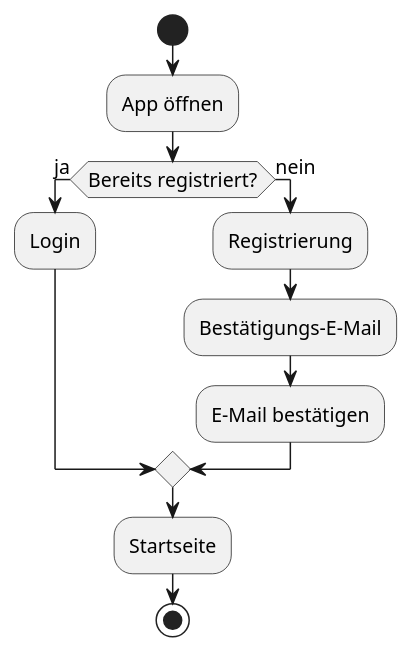
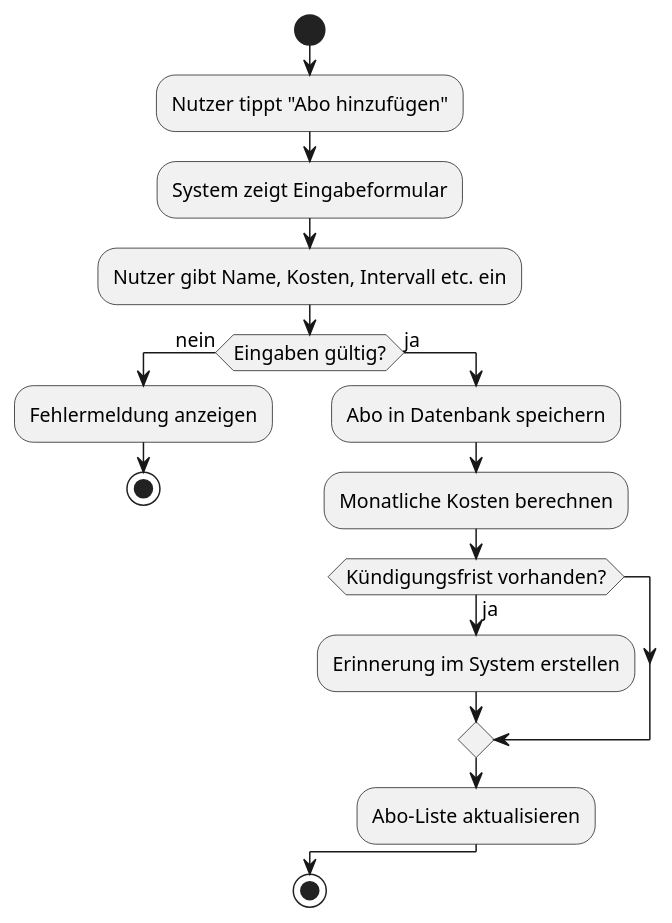
The first of 2 diagrams in docs/product/ux_concept.adoc (momel13/SubscriptionGuard-E2), drawn with PlantUML before and after one commit. The commit also changed other lines of this file and 1 other file, not shown here.

```diff
--- a/docs/product/ux_concept.adoc
+++ b/docs/product/ux_concept.adoc
@@ -147,20 +140,24 @@
-[plantuml, onboarding-flow, svg]
+[plantuml, abo-anlegen-flow, svg]
 ....
 @startuml
 skinparam monochrome true
 skinparam defaultFontSize 13
 
 start
-:App öffnen;
-if (Bereits registriert?) then (ja)
-  :Login;
-else (nein)
-  :Registrierung;
-  :Bestätigungs-E-Mail;
-  :E-Mail bestätigen;
+:Nutzer tippt "Abo hinzufügen";
+:System zeigt Eingabeformular;
+:Nutzer gibt Name, Kosten, Intervall etc. ein;
+if (Eingaben gültig?) then (nein)
+  :Fehlermeldung anzeigen;
+  stop
+else (ja)
+  :Abo in Datenbank speichern;
+  :Monatliche Kosten berechnen;
+  if (Kündigungsfrist vorhanden?) then (ja)
+    :Erinnerung im System erstellen;
+  endif
+  :Abo-Liste aktualisieren;
 endif
-:Startseite;
 stop
-
 @enduml
 ....
```
